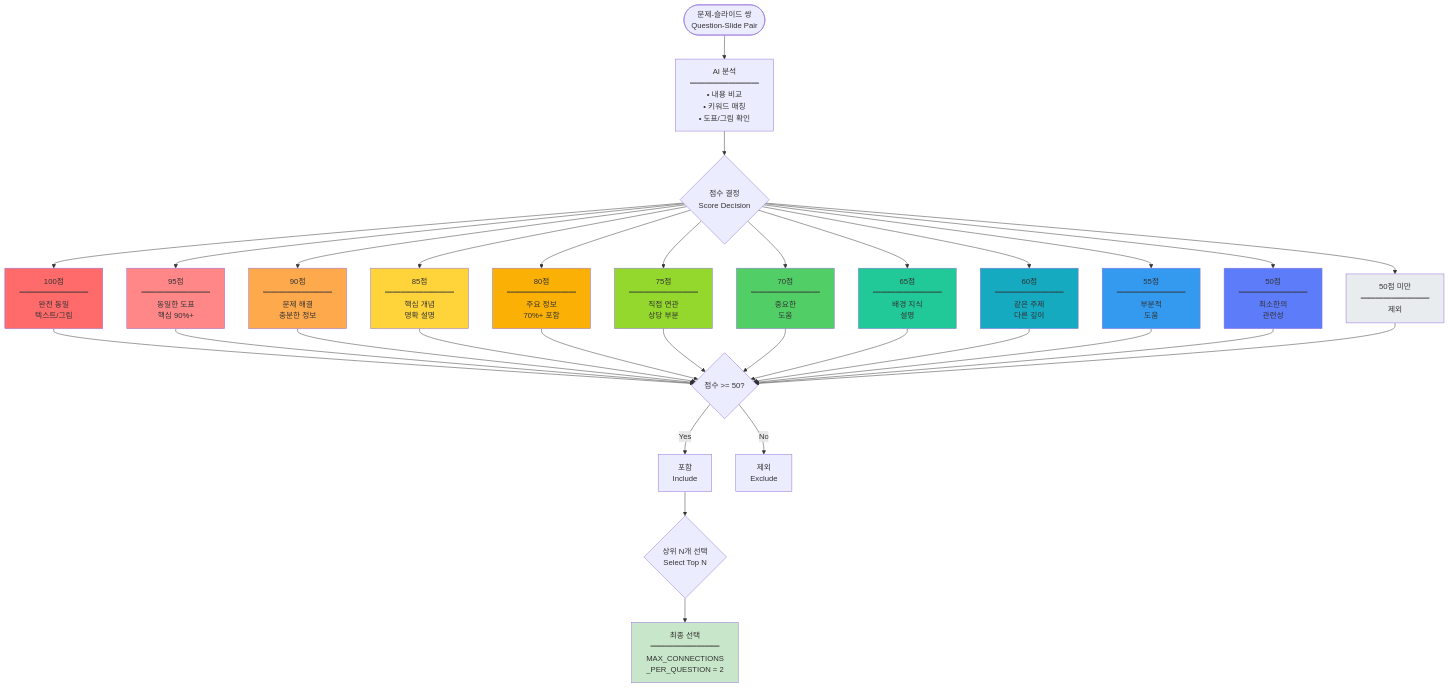
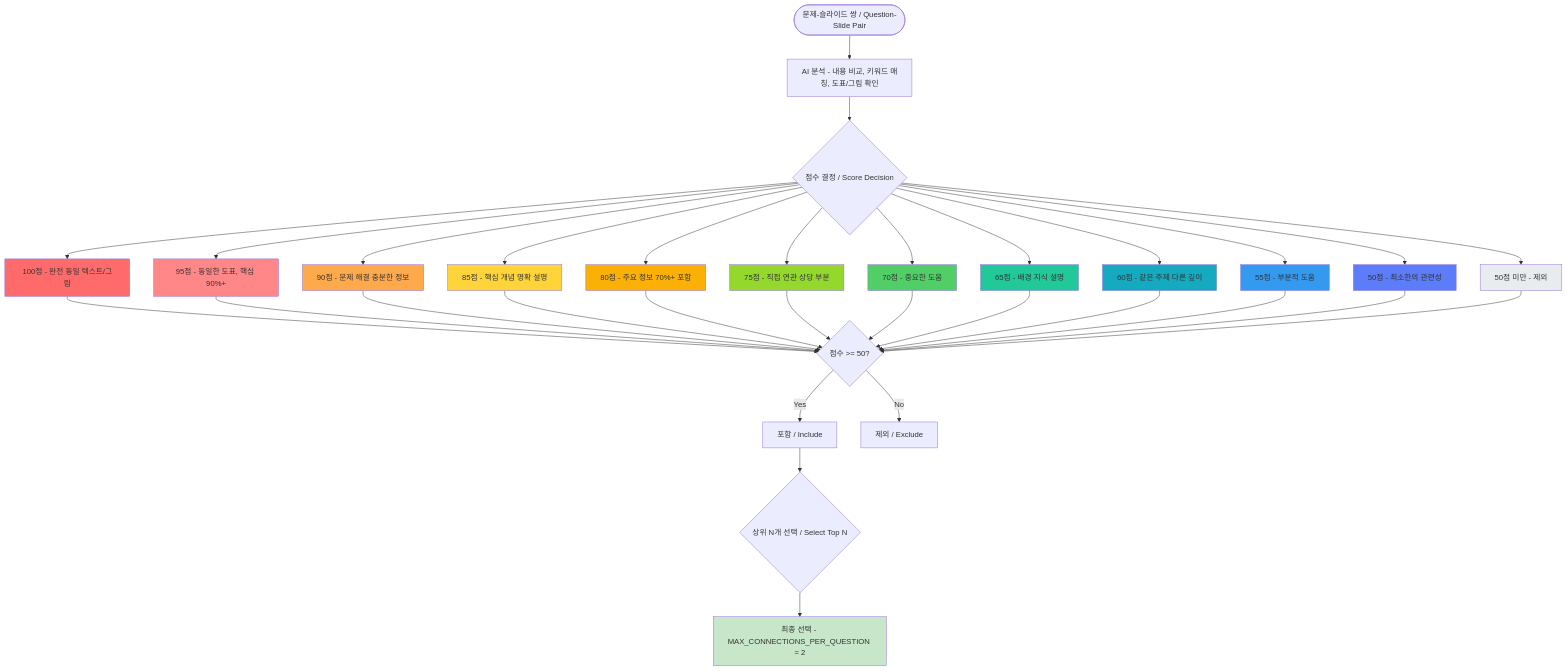
Before and after one commit to ksw6895/jokbodude: diagram 19 of 39 in architecture.md, drawn with Mermaid. The commit also changed other lines of this file, not shown here.

First line of the commit message:
fix: architecture.md Mermaid 다이어그램 파싱 오류 수정

````diff
--- a/architecture.md
+++ b/architecture.md
@@ -1087,52 +1087,52 @@
 ```mermaid
 flowchart TD
-    Start([문제-슬라이드 쌍<br/>Question-Slide Pair]) --> Analyze[AI 분석<br/>━━━━━━━━━<br/>• 내용 비교<br/>• 키워드 매칭<br/>• 도표/그림 확인]
+    Start([문제-슬라이드 쌍 / Question-Slide Pair]) --> Analyze[AI 분석 - 내용 비교, 키워드 매칭, 도표/그림 확인]
     
-    Analyze --> Score{점수 결정<br/>Score Decision}
+    Analyze --> Score{점수 결정 / Score Decision}
     
-    Score --> S100[100점<br/>━━━━━━━━━<br/>완전 동일<br/>텍스트/그림]
-    Score --> S95[95점<br/>━━━━━━━━━<br/>동일한 도표<br/>핵심 90%+]
-    Score --> S90[90점<br/>━━━━━━━━━<br/>문제 해결<br/>충분한 정보]
-    Score --> S85[85점<br/>━━━━━━━━━<br/>핵심 개념<br/>명확 설명]
-    Score --> S80[80점<br/>━━━━━━━━━<br/>주요 정보<br/>70%+ 포함]
-    Score --> S75[75점<br/>━━━━━━━━━<br/>직접 연관<br/>상당 부분]
-    Score --> S70[70점<br/>━━━━━━━━━<br/>중요한<br/>도움]
-    Score --> S65[65점<br/>━━━━━━━━━<br/>배경 지식<br/>설명]
-    Score --> S60[60점<br/>━━━━━━━━━<br/>같은 주제<br/>다른 깊이]
-    Score --> S55[55점<br/>━━━━━━━━━<br/>부분적<br/>도움]
-    Score --> S50[50점<br/>━━━━━━━━━<br/>최소한의<br/>관련성]
-    Score --> Lower[50점 미만<br/>━━━━━━━━━<br/>제외]
+    Score --> S100[100점 - 완전 동일 텍스트/그림]
+    Score --> S95[95점 - 동일한 도표, 핵심 90%+]
+    Score --> S90[90점 - 문제 해결 충분한 정보]
+    Score --> S85[85점 - 핵심 개념 명확 설명]
+    Score --> S80[80점 - 주요 정보 70%+ 포함]
+    Score --> S75[75점 - 직접 연관 상당 부분]
+    Score --> S70[70점 - 중요한 도움]
+    Score --> S65[65점 - 배경 지식 설명]
+    Score --> S60[60점 - 같은 주제 다른 깊이]
+    Score --> S55[55점 - 부분적 도움]
+    Score --> S50[50점 - 최소한의 관련성]
+    Score --> Lower[50점 미만 - 제외]
     
     S100 --> Filter{점수 >= 50?}
     S95 --> Filter
     S90 --> Filter
     S85 --> Filter
     S80 --> Filter
     S75 --> Filter
     S70 --> Filter
     S65 --> Filter
     S60 --> Filter
     S55 --> Filter
     S50 --> Filter
     Lower --> Filter
     
-    Filter -->|Yes| Include[포함<br/>Include]
-    Filter -->|No| Exclude[제외<br/>Exclude]
+    Filter -->|Yes| Include[포함 / Include]
+    Filter -->|No| Exclude[제외 / Exclude]
     
-    Include --> TopN{상위 N개 선택<br/>Select Top N}
-    TopN --> Final[최종 선택<br/>━━━━━━━━━<br/>MAX_CONNECTIONS<br/>_PER_QUESTION = 2]
+    Include --> TopN{상위 N개 선택 / Select Top N}
+    TopN --> Final[최종 선택 - MAX_CONNECTIONS_PER_QUESTION = 2]
     
     style S100 fill:#ff6b6b
     style S95 fill:#ff8787
     style S90 fill:#ffa94d
     style S85 fill:#ffd43b
     style S80 fill:#fab005
     style S75 fill:#94d82d
     style S70 fill:#51cf66
     style S65 fill:#20c997
     style S60 fill:#15aabf
     style S55 fill:#339af0
     style S50 fill:#5c7cfa
     style Lower fill:#e9ecef
     style Final fill:#c8e6c9
 ```
````
